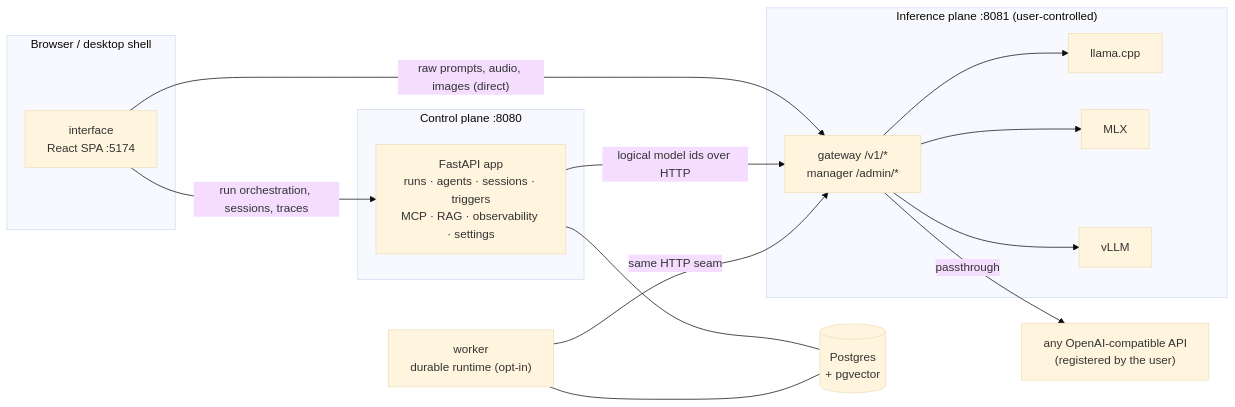
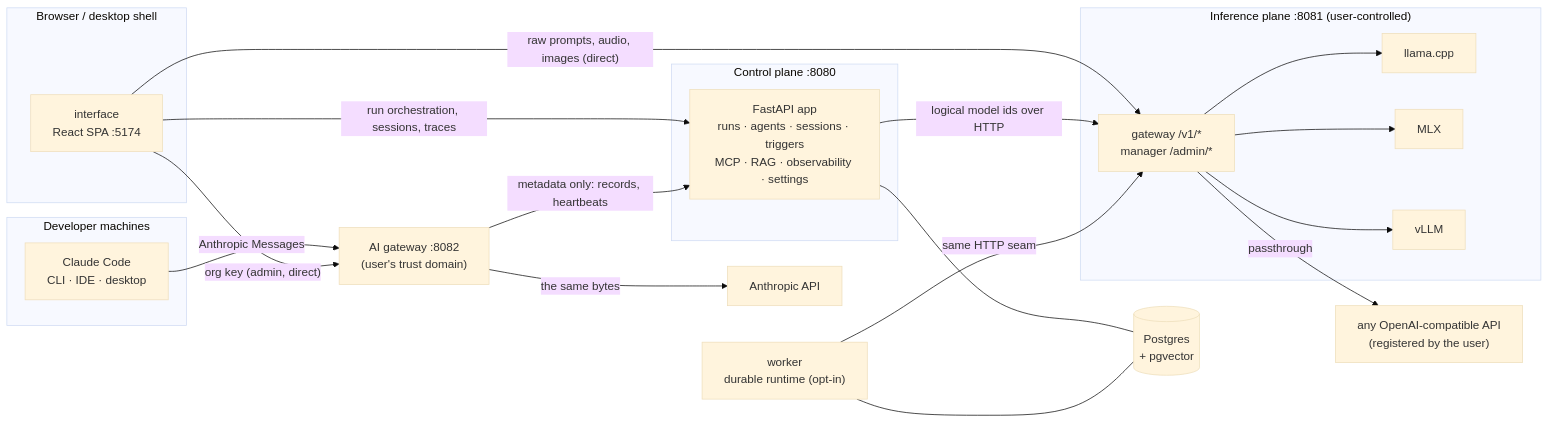
Before and after one commit to al2m4n/TheYgent: the second of 3 diagrams in docs/dev-docs/architecture.md, drawn with Mermaid (base theme). The commit also changed other lines of this file and 20 other files, not shown here.

First line of the commit message:
docs(ai-gateway): developer and user documentation

````diff
--- a/docs/dev-docs/architecture.md
+++ b/docs/dev-docs/architecture.md
@@ -71,27 +71,36 @@
 ```mermaid
 flowchart LR
   subgraph browser["Browser / desktop shell"]
     UI["interface\nReact SPA :5174"]
   end
   subgraph cp["Control plane :8080"]
     API["FastAPI app\nruns · agents · sessions · triggers\nMCP · RAG · observability · settings"]
   end
   W["worker\ndurable runtime (opt-in)"]
   PG[("Postgres\n+ pgvector")]
   subgraph ip["Inference plane :8081 (user-controlled)"]
     GW["gateway /v1/*\nmanager /admin/*"]
     E1["llama.cpp"]
     E2["MLX"]
     E3["vLLM"]
   end
   HOSTED["any OpenAI-compatible API\n(registered by the user)"]
+  subgraph dev["Developer machines"]
+    CC["Claude Code\nCLI · IDE · desktop"]
+  end
+  AG["AI gateway :8082\n(user's trust domain)"]
+  ANT["Anthropic API"]
 
   UI -->|"run orchestration, sessions, traces"| API
   UI -->|"raw prompts, audio, images (direct)"| GW
   API -->|"logical model ids over HTTP"| GW
   W -->|"same HTTP seam"| GW
   API --- PG
   W --- PG
   GW --> E1 & E2 & E3
   GW -->|passthrough| HOSTED
+  CC -->|"Anthropic Messages"| AG
+  AG -->|"the same bytes"| ANT
+  AG -->|"metadata only: records, heartbeats"| API
+  UI -->|"org key (admin, direct)"| AG
 ```
````
